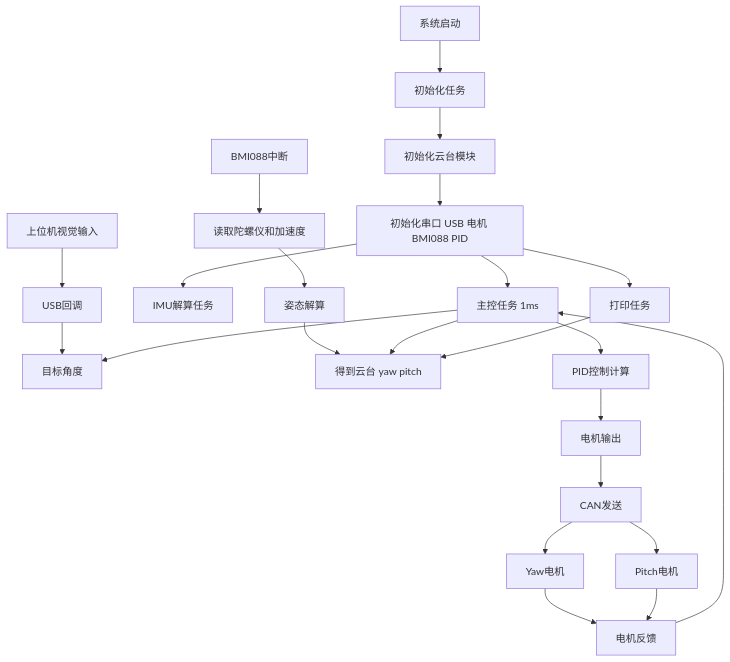
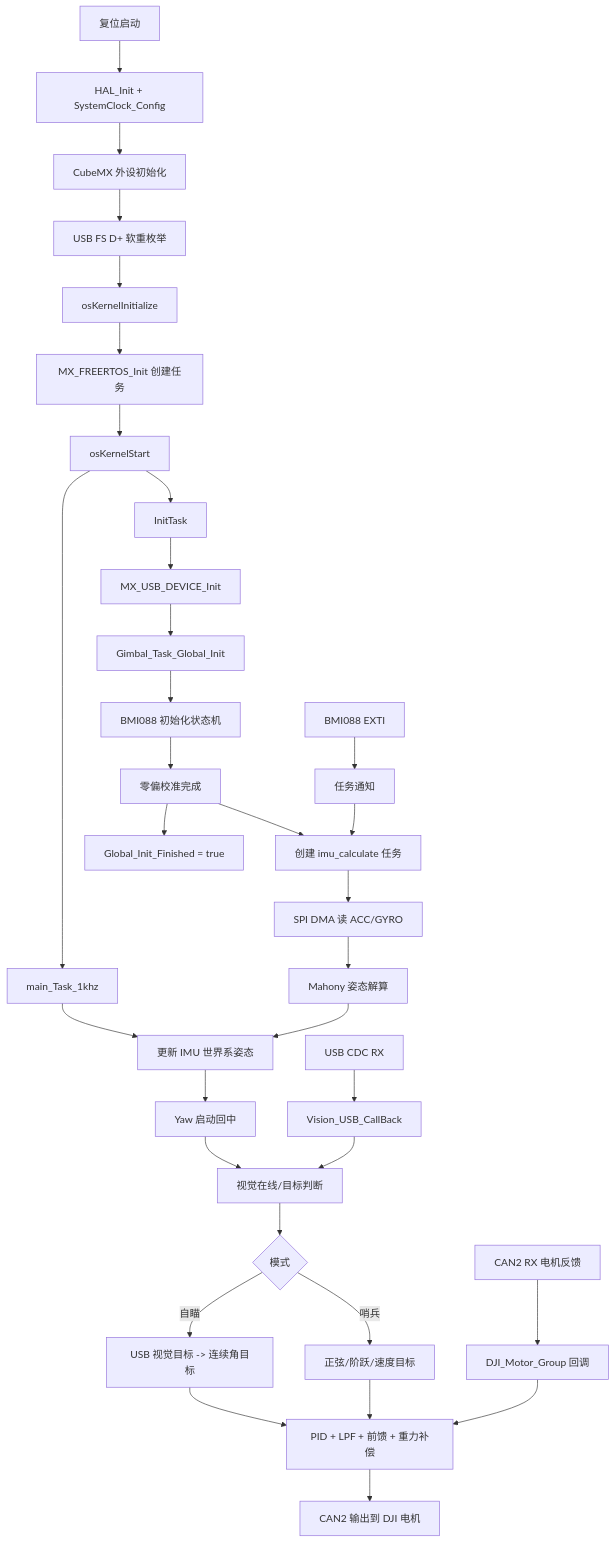
One commit to yxn186/STM32_Gimbal_Project changed the diagram in README.md. Above: the diagram before and after it, drawn with Mermaid. The commit also changed other lines of this file and 6 other files, not shown here.

````diff
--- a/README.md
+++ b/README.md
@@ -7,32 +16,40 @@
 ```mermaid
 flowchart TD
-A[系统启动] --> B[初始化任务]
-B --> C[初始化云台模块]
-C --> D[初始化串口 USB 电机 BMI088 PID]
+    A[复位启动] --> B[HAL_Init + SystemClock_Config]
+    B --> C[CubeMX 外设初始化]
+    C --> D[USB FS D+ 软重枚举]
+    D --> E[osKernelInitialize]
+    E --> F[MX_FREERTOS_Init 创建任务]
+    F --> G[osKernelStart]
 
-D --> E[主控任务 1ms]
-D --> F[IMU解算任务]
-D --> G[打印任务]
+    G --> H[InitTask]
+    H --> I[MX_USB_DEVICE_Init]
+    I --> J[Gimbal_Task_Global_Init]
+    J --> K[BMI088 初始化状态机]
+    K --> L[零偏校准完成]
+    L --> M[创建 imu_calculate 任务]
+    L --> N[Global_Init_Finished = true]
 
-H[上位机视觉输入] --> I[USB回调]
-I --> J[目标角度]
+    G --> O[main_Task_1khz]
+    O --> P[更新 IMU 世界系姿态]
+    P --> Q[Yaw 启动回中]
+    Q --> R[视觉在线/目标判断]
+    R --> S{模式}
+    S -->|自瞄| T[USB 视觉目标 -> 连续角目标]
+    S -->|哨兵| U[正弦/阶跃/速度目标]
+    T --> V[PID + LPF + 前馈 + 重力补偿]
+    U --> V
+    V --> W[CAN2 输出到 DJI 电机]
 
-K[BMI088中断] --> L[读取陀螺仪和加速度]
-L --> M[姿态解算]
-M --> N[得到云台 yaw pitch]
+    X[BMI088 EXTI] --> Y[任务通知]
+    Y --> M
+    M --> Z[SPI DMA 读 ACC/GYRO]
+    Z --> AA[Mahony 姿态解算]
+    AA --> P
 
-E --> J
-E --> N
-E --> O[PID控制计算]
-O --> P[电机输出]
+    AB[USB CDC RX] --> AC[Vision_USB_CallBack]
+    AC --> R
 
-P --> Q[CAN发送]
-Q --> R[Yaw电机]
-Q --> S[Pitch电机]
-
-R --> T[电机反馈]
-S --> T
-T --> E
-
-G --> N
+    AD[CAN2 RX 电机反馈] --> AE[DJI_Motor_Group 回调]
+    AE --> V
 ```
````
